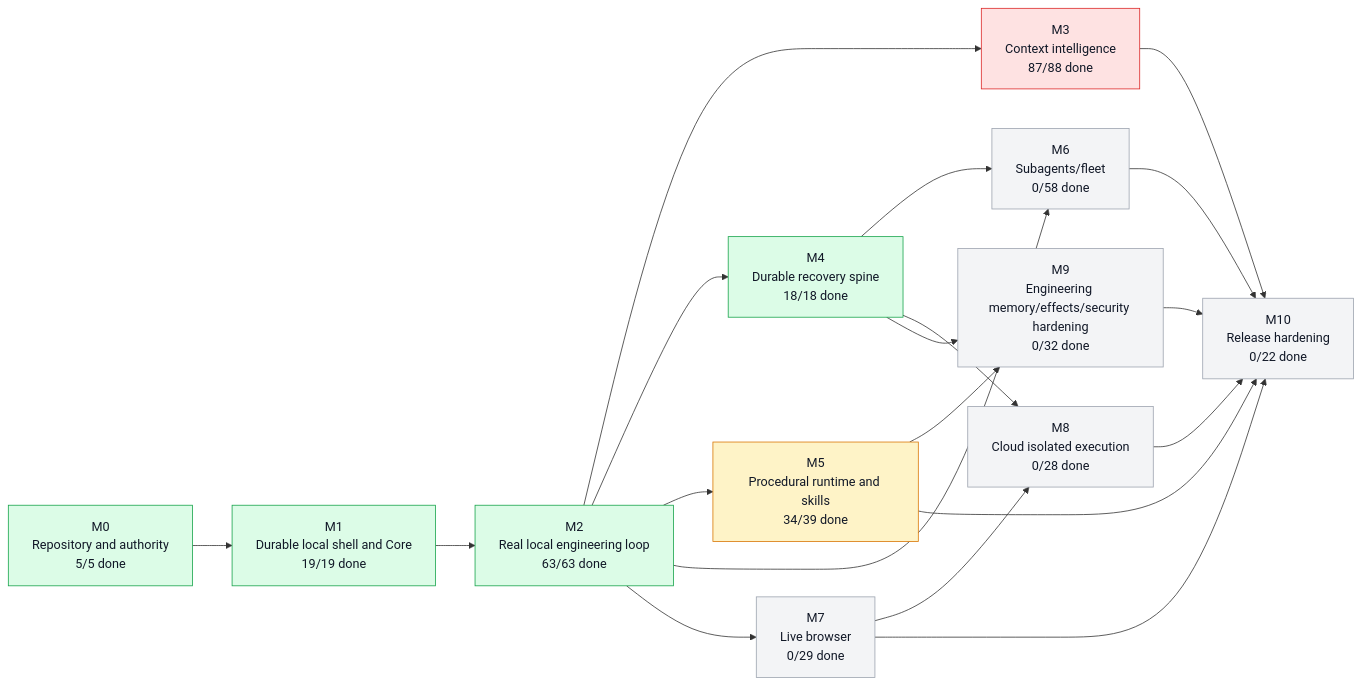
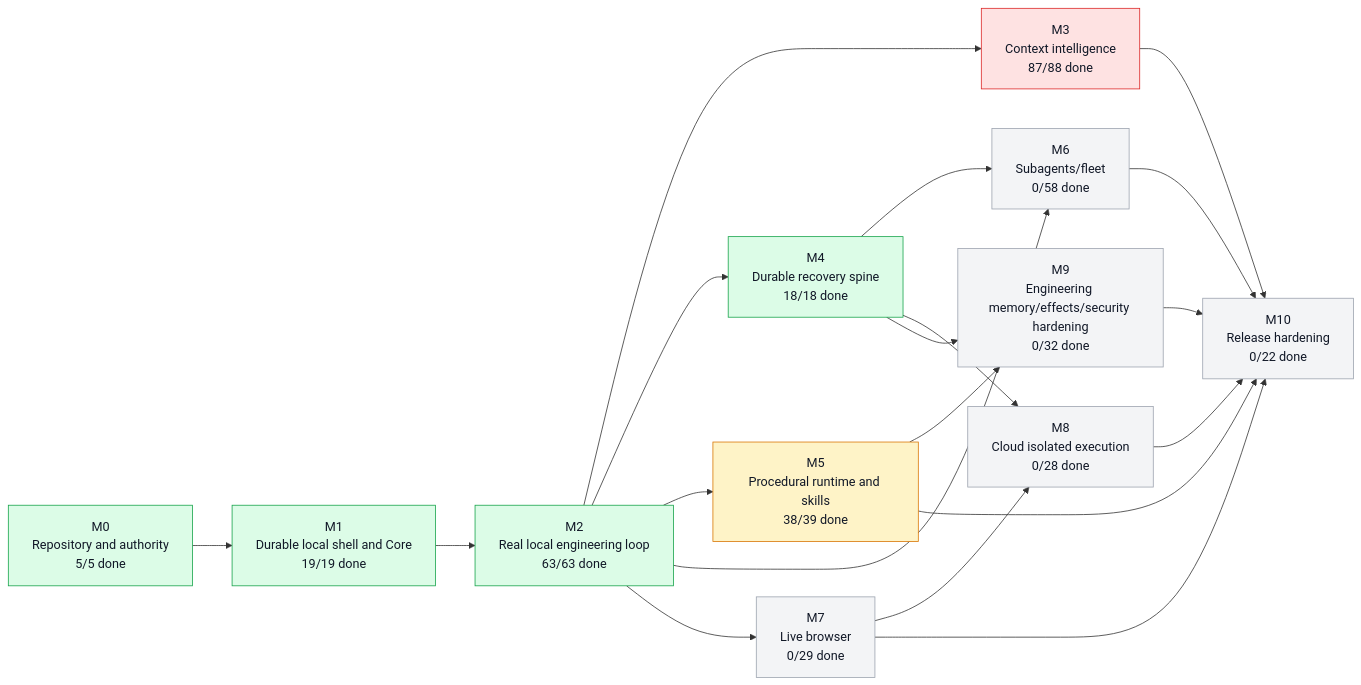
One commit to moss101/modbit changed the first of 5 diagrams in graph/PROJECT_GRAPH.md. Above: the diagram before and after it, drawn with Mermaid. The commit also changed other lines of this file and 12 other files, not shown here.

````diff
--- a/graph/PROJECT_GRAPH.md
+++ b/graph/PROJECT_GRAPH.md
@@ -57,43 +57,43 @@
 ```mermaid
 flowchart LR
   M0["M0<br/>Repository and authority<br/>5/5 done"]
   M1["M1<br/>Durable local shell and Core<br/>19/19 done"]
   M2["M2<br/>Real local engineering loop<br/>63/63 done"]
   M3["M3<br/>Context intelligence<br/>87/88 done"]
   M4["M4<br/>Durable recovery spine<br/>18/18 done"]
-  M5["M5<br/>Procedural runtime and skills<br/>34/39 done"]
+  M5["M5<br/>Procedural runtime and skills<br/>38/39 done"]
   M6["M6<br/>Subagents/fleet<br/>0/58 done"]
   M7["M7<br/>Live browser<br/>0/29 done"]
   M8["M8<br/>Cloud isolated execution<br/>0/28 done"]
   M9["M9<br/>Engineering memory/effects/security hardening<br/>0/32 done"]
   M10["M10<br/>Release hardening<br/>0/22 done"]
   M0 --> M1
   M1 --> M2
   M2 --> M3
   M2 --> M4
   M2 --> M5
   M2 --> M6
   M4 --> M6
   M2 --> M7
   M4 --> M8
   M7 --> M8
   M4 --> M9
   M5 --> M9
   M3 --> M10
   M5 --> M10
   M6 --> M10
   M7 --> M10
   M8 --> M10
   M9 --> M10
   style M0 fill:#dcfce7,stroke:#16a34a,color:#111827
   style M1 fill:#dcfce7,stroke:#16a34a,color:#111827
   style M2 fill:#dcfce7,stroke:#16a34a,color:#111827
   style M3 fill:#fee2e2,stroke:#dc2626,color:#111827
   style M4 fill:#dcfce7,stroke:#16a34a,color:#111827
   style M5 fill:#fef3c7,stroke:#d97706,color:#111827
   style M6 fill:#f3f4f6,stroke:#9ca3af,color:#111827
   style M7 fill:#f3f4f6,stroke:#9ca3af,color:#111827
   style M8 fill:#f3f4f6,stroke:#9ca3af,color:#111827
   style M9 fill:#f3f4f6,stroke:#9ca3af,color:#111827
   style M10 fill:#f3f4f6,stroke:#9ca3af,color:#111827
 ```
````
